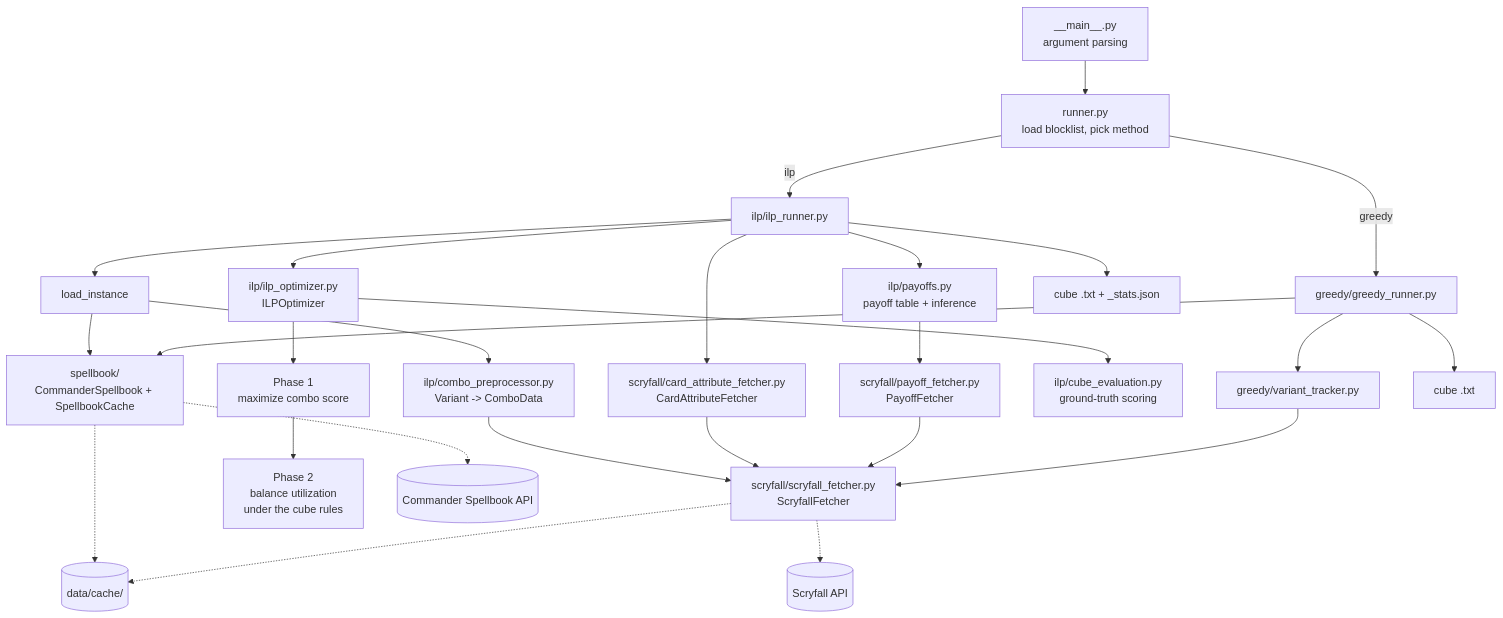
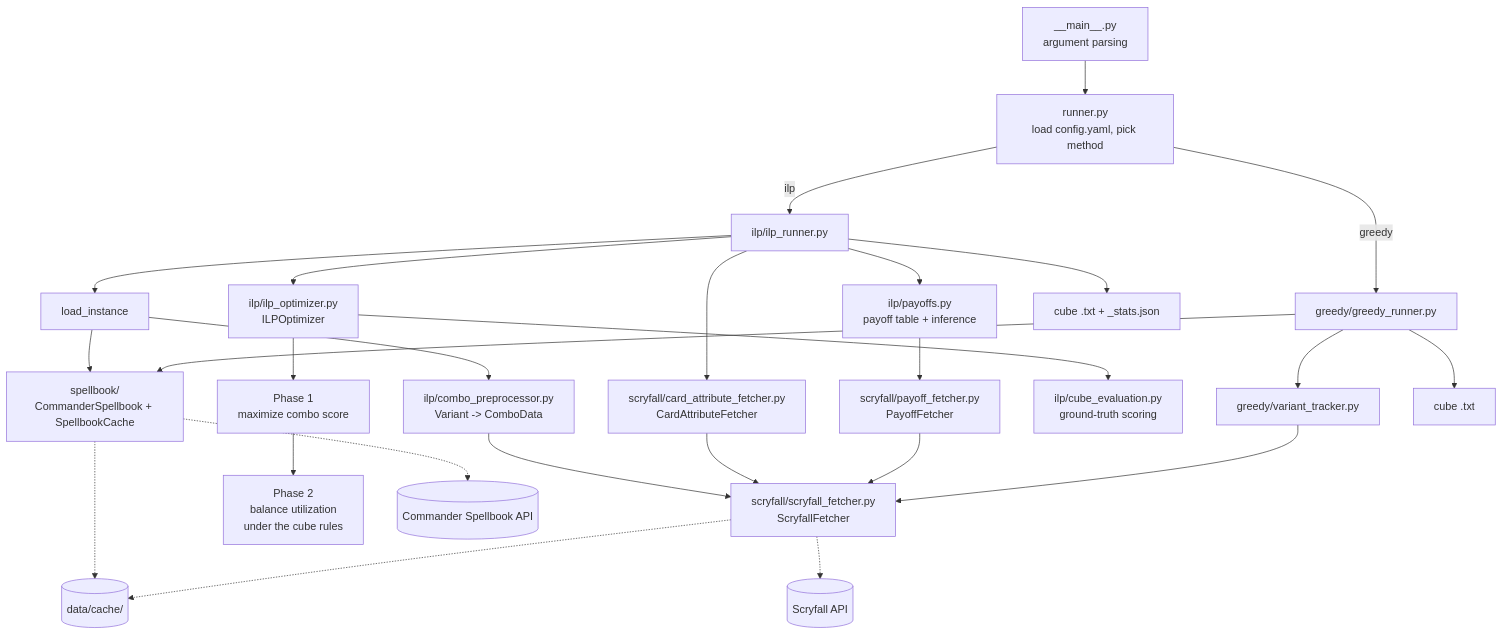
The diagram in docs/architecture.md (tgrunnagle/mtg-combo-cube), drawn with Mermaid before and after one commit. The commit also changed other lines of this file and 23 other files, not shown here.

First line of the commit message:
Move the blocklist, outcome and payoff tables into one config.yaml

````diff
--- a/docs/architecture.md
+++ b/docs/architecture.md
@@ -23,35 +23,35 @@
 ```mermaid
 flowchart TD
-    CLI["__main__.py<br/>argument parsing"] --> RUN["runner.py<br/>load blocklist, pick method"]
+    CLI["__main__.py<br/>argument parsing"] --> RUN["runner.py<br/>load config.yaml, pick method"]
 
     RUN -->|ilp| ILPR["ilp/ilp_runner.py"]
     RUN -->|greedy| GR["greedy/greedy_runner.py"]
 
     ILPR --> LOAD["load_instance"]
     LOAD --> SB["spellbook/<br/>CommanderSpellbook + SpellbookCache"]
     LOAD --> PRE["ilp/combo_preprocessor.py<br/>Variant -> ComboData"]
     PRE --> SF["scryfall/scryfall_fetcher.py<br/>ScryfallFetcher"]
 
     ILPR --> CAF["scryfall/card_attribute_fetcher.py<br/>CardAttributeFetcher"]
     CAF --> SF
     ILPR --> PAY["ilp/payoffs.py<br/>payoff table + inference"]
     PAY --> PF["scryfall/payoff_fetcher.py<br/>PayoffFetcher"]
     PF --> SF
 
     ILPR --> OPT["ilp/ilp_optimizer.py<br/>ILPOptimizer"]
     OPT --> P1["Phase 1<br/>maximize combo score"]
     P1 --> P2["Phase 2<br/>balance utilization<br/>under the cube rules"]
     OPT --> EVAL["ilp/cube_evaluation.py<br/>ground-truth scoring"]
 
     ILPR --> OUT["cube .txt + _stats.json"]
 
     GR --> SB
     GR --> VT["greedy/variant_tracker.py"]
     VT --> SF
     GR --> OUTG["cube .txt"]
 
     SB -.-> API1[("Commander Spellbook API")]
     SF -.-> API2[("Scryfall API")]
     SB -.-> CACHE[("data/cache/")]
     SF -.-> CACHE
 ```
````
